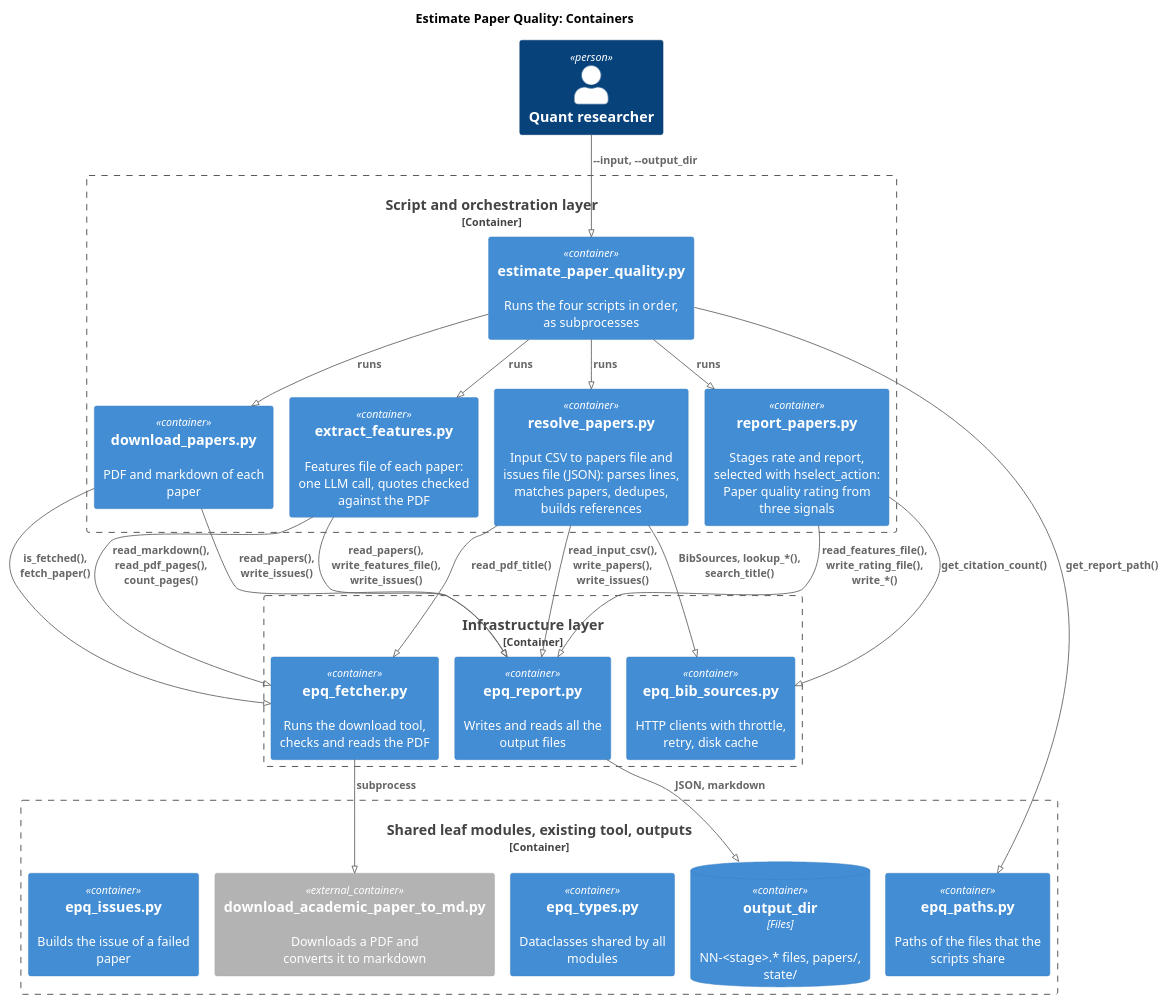
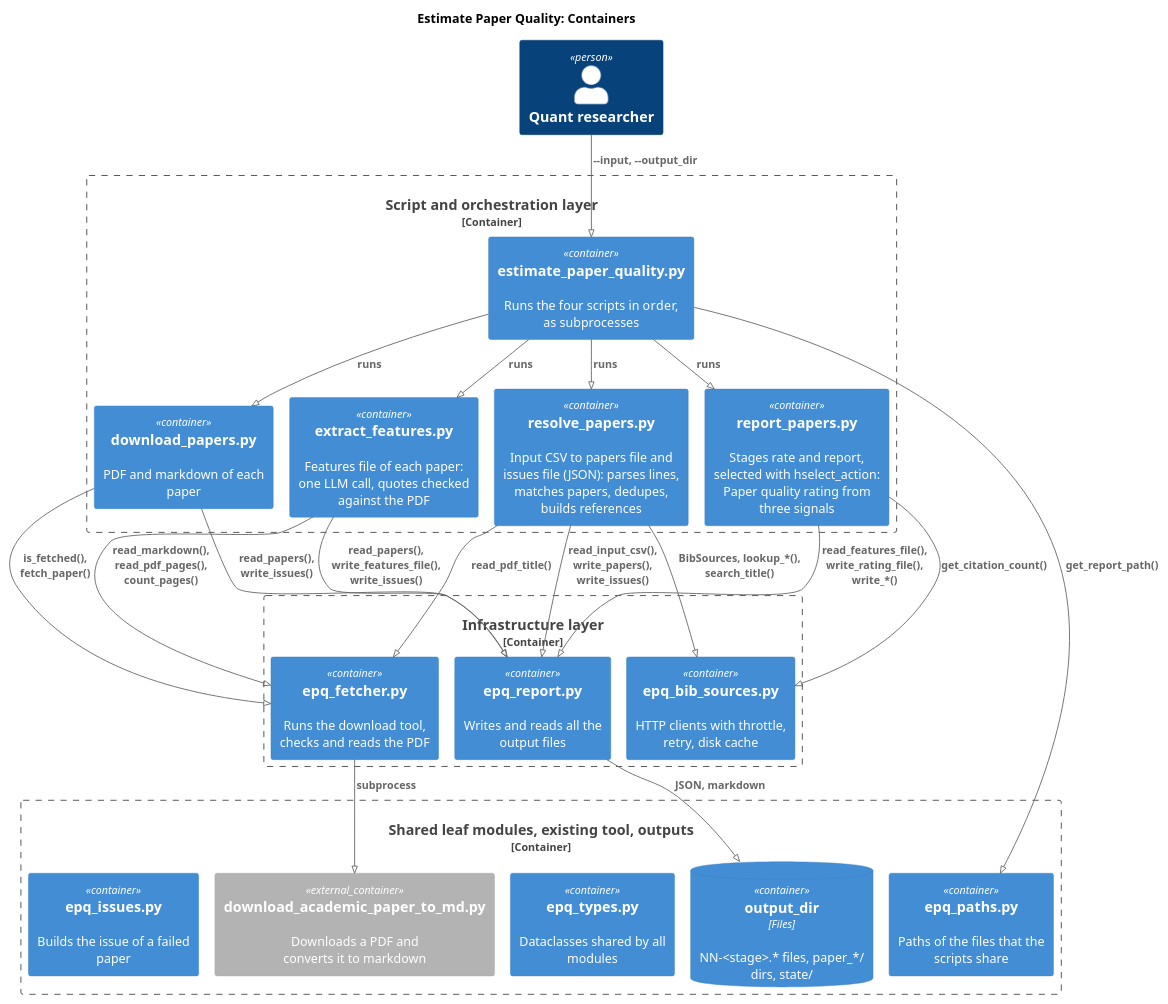
The second of 2 diagrams in research/Estimate_academic_paper_quality/docs/02-design.architecture.md (gpsaggese/gpsaggese.github.io), drawn with PlantUML before and after one commit. The commit also changed other lines of this file and 27 other files, not shown here.

````diff
--- a/research/Estimate_academic_paper_quality/docs/02-design.architecture.md
+++ b/research/Estimate_academic_paper_quality/docs/02-design.architecture.md
@@ -84,47 +84,47 @@
 ```plantuml
 !pragma layout smetana
 !include <C4/C4_Container>
 LAYOUT_TOP_DOWN()
 title Estimate Paper Quality: Containers
 Person(user, "Quant researcher")
 
 Container_Boundary(script, "Script and orchestration layer") {
   Container(sh, "estimate_paper_quality.py", "", "Runs the four scripts in order, as subprocesses")
   Container(rcli, "resolve_papers.py", "", "Input CSV to papers file and issues file (JSON): parses lines, matches papers, dedupes, builds references")
   Container(dcli, "download_papers.py", "", "PDF and markdown of each paper")
   Container(ecli, "extract_features.py", "", "Features file of each paper: one LLM call, quotes checked against the PDF")
   Container(pcli, "report_papers.py", "", "Stages rate and report, selected with hselect_action: Paper quality rating from three signals")
 }
 
 Container_Boundary(infra, "Infrastructure layer") {
   Container(bib, "epq_bib_sources.py", "", "HTTP clients with throttle, retry, disk cache")
   Container(fetcher, "epq_fetcher.py", "", "Runs the download tool, checks and reads the PDF")
   Container(report, "epq_report.py", "", "Writes and reads all the output files")
 }
 
 Container_Boundary(ext, "Shared leaf modules, existing tool, outputs") {
   Container_Ext(tool, "download_academic_paper_to_md.py", "", "Downloads a PDF and converts it to markdown")
-  ContainerDb(out, "output_dir", "Files", "NN-<stage>.* files, papers/, state/")
+  ContainerDb(out, "output_dir", "Files", "NN-<stage>.* files, paper_*/ dirs, state/")
   Container(types, "epq_types.py", "", "Dataclasses shared by all modules")
   Container(paths, "epq_paths.py", "", "Paths of the files that the scripts share")
   Container(issues, "epq_issues.py", "", "Builds the issue of a failed paper")
 }
 
 Rel(user, sh, "~--input, ~--output_dir")
 Rel(sh, rcli, "runs")
 Rel(sh, dcli, "runs")
 Rel(sh, ecli, "runs")
 Rel(sh, pcli, "runs")
 Rel(sh, paths, "get_report_path()")
 Rel(rcli, bib, "BibSources, lookup_*(), search_title()")
 Rel(rcli, fetcher, "read_pdf_title()")
 Rel(rcli, report, "read_input_csv(), write_papers(), write_issues()")
 Rel(dcli, fetcher, "is_fetched(), fetch_paper()")
 Rel(dcli, report, "read_papers(), write_issues()")
 Rel(ecli, fetcher, "read_markdown(), read_pdf_pages(), count_pages()")
 Rel(ecli, report, "read_papers(), write_features_file(), write_issues()")
 Rel(pcli, bib, "get_citation_count()")
 Rel(pcli, report, "read_features_file(), write_rating_file(), write_*()")
 Rel(fetcher, tool, "subprocess")
 Rel(report, out, "JSON, markdown")
 ```
````
